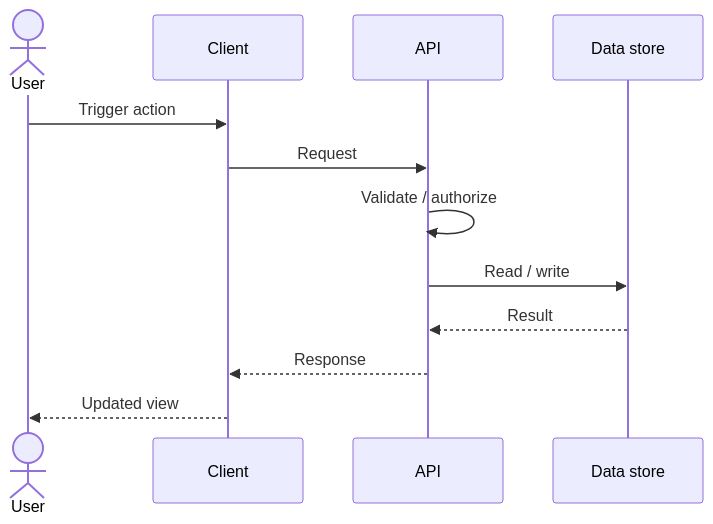
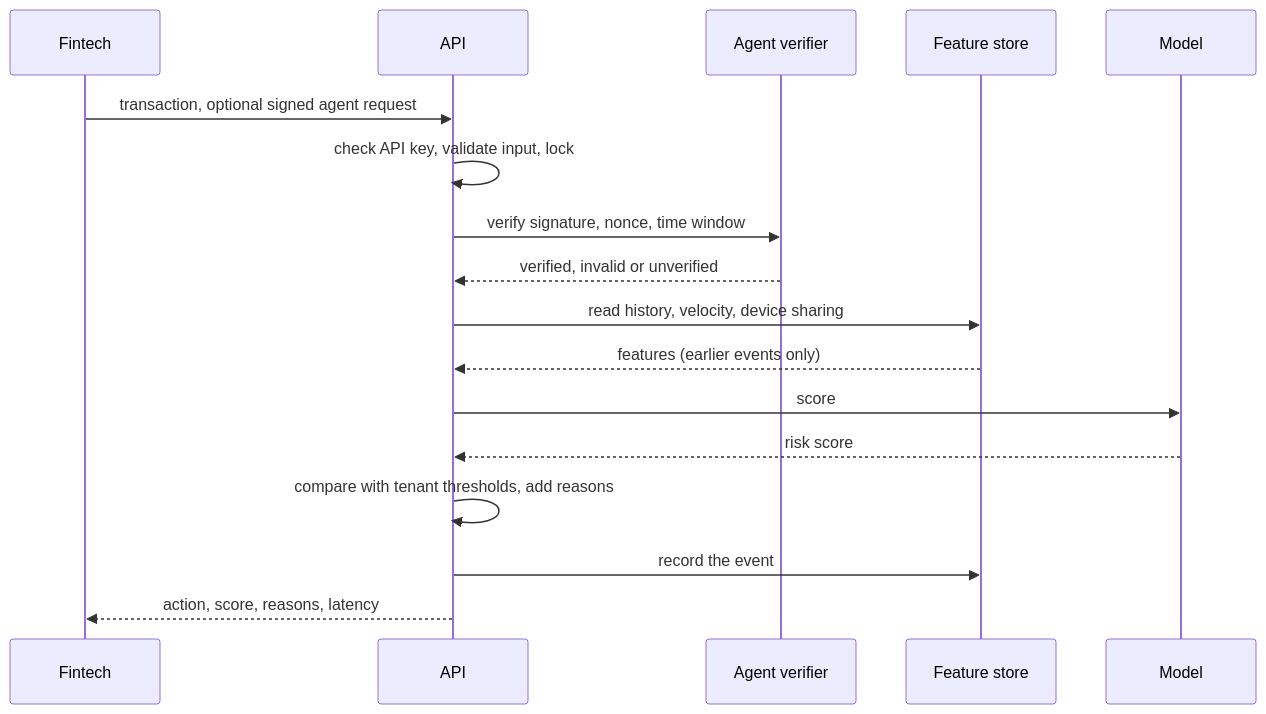
The second of 2 diagrams in architecture.md (akd11-bugs/openware), drawn with Mermaid before and after one commit. The commit also changed other lines of this file and 12 other files, not shown here.

First line of the commit message:
Add mule-ring graph features, IBM AML benchmark and refreshed docs

````diff
--- a/architecture.md
+++ b/architecture.md
@@ -47,14 +27,19 @@
 ```mermaid
 sequenceDiagram
-    actor U as User
-    participant C as Client
+    participant F as Fintech
     participant A as API
-    participant D as Data store
-    U->>C: Trigger action
-    C->>A: Request
-    A->>A: Validate / authorize
-    A->>D: Read / write
-    D-->>A: Result
-    A-->>C: Response
-    C-->>U: Updated view
+    participant V as Agent verifier
+    participant S as Feature store
+    participant M as Model
+    F->>A: transaction, optional signed agent request
+    A->>A: check API key, validate input, lock
+    A->>V: verify signature, nonce, time window
+    V-->>A: verified, invalid or unverified
+    A->>S: read history, velocity, device sharing
+    S-->>A: features (earlier events only)
+    A->>M: score
+    M-->>A: risk score
+    A->>A: compare with tenant thresholds, add reasons
+    A->>S: record the event
+    A-->>F: action, score, reasons, latency
 ```
````
